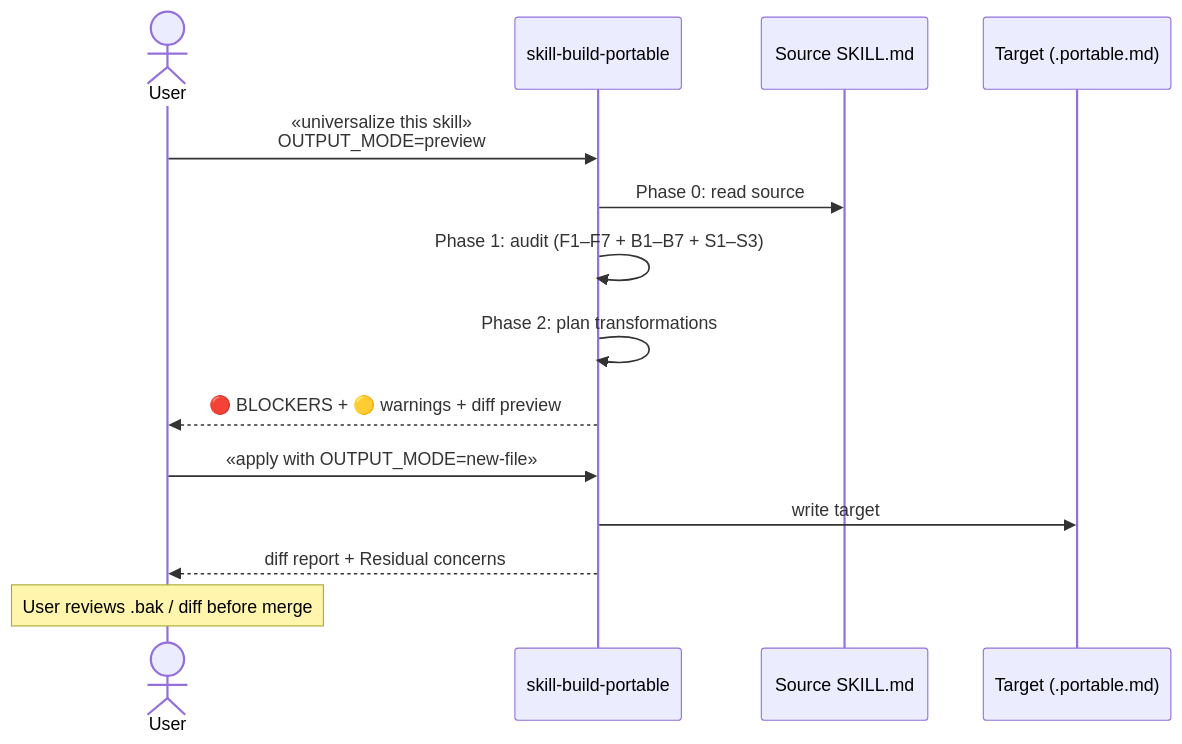
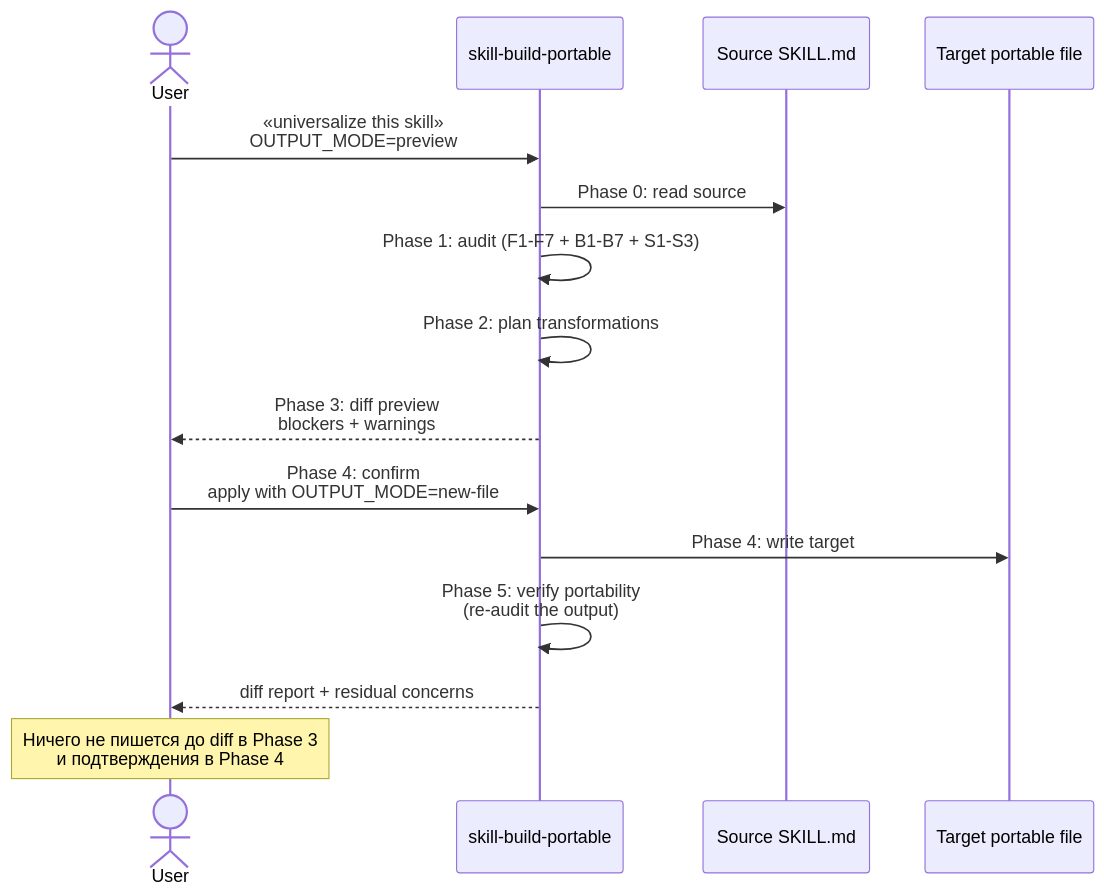
The seventh of 9 diagrams in docs/user-guide.ru.md (artemrudenko/skill-governance-toolkit), drawn with Mermaid before and after one commit. The commit also changed other lines of this file and 1 other file, not shown here.

````diff
--- a/docs/user-guide.ru.md
+++ b/docs/user-guide.ru.md
@@ -789,17 +441,18 @@
 ```mermaid
 sequenceDiagram
     actor U as User
     participant B as skill-build-portable
     participant S as Source SKILL.md
-    participant T as Target (.portable.md)
+    participant T as Target portable file
 
     U->>B: «universalize this skill»<br/>OUTPUT_MODE=preview
     B->>S: Phase 0: read source
-    B->>B: Phase 1: audit (F1–F7 + B1–B7 + S1–S3)
+    B->>B: Phase 1: audit (F1-F7 + B1-B7 + S1-S3)
     B->>B: Phase 2: plan transformations
-    B-->>U: 🔴 BLOCKERS + 🟡 warnings + diff preview
-    U->>B: «apply with OUTPUT_MODE=new-file»
-    B->>T: write target
-    B-->>U: diff report + Residual concerns
-    Note over U: User reviews .bak / diff before merge
+    B-->>U: Phase 3: diff preview<br/>blockers + warnings
+    U->>B: Phase 4: confirm<br/>apply with OUTPUT_MODE=new-file
+    B->>T: Phase 4: write target
+    B->>B: Phase 5: verify portability<br/>(re-audit the output)
+    B-->>U: diff report + residual concerns
+    Note over U: Ничего не пишется до diff в Phase 3<br/>и подтверждения в Phase 4
 ```
````
